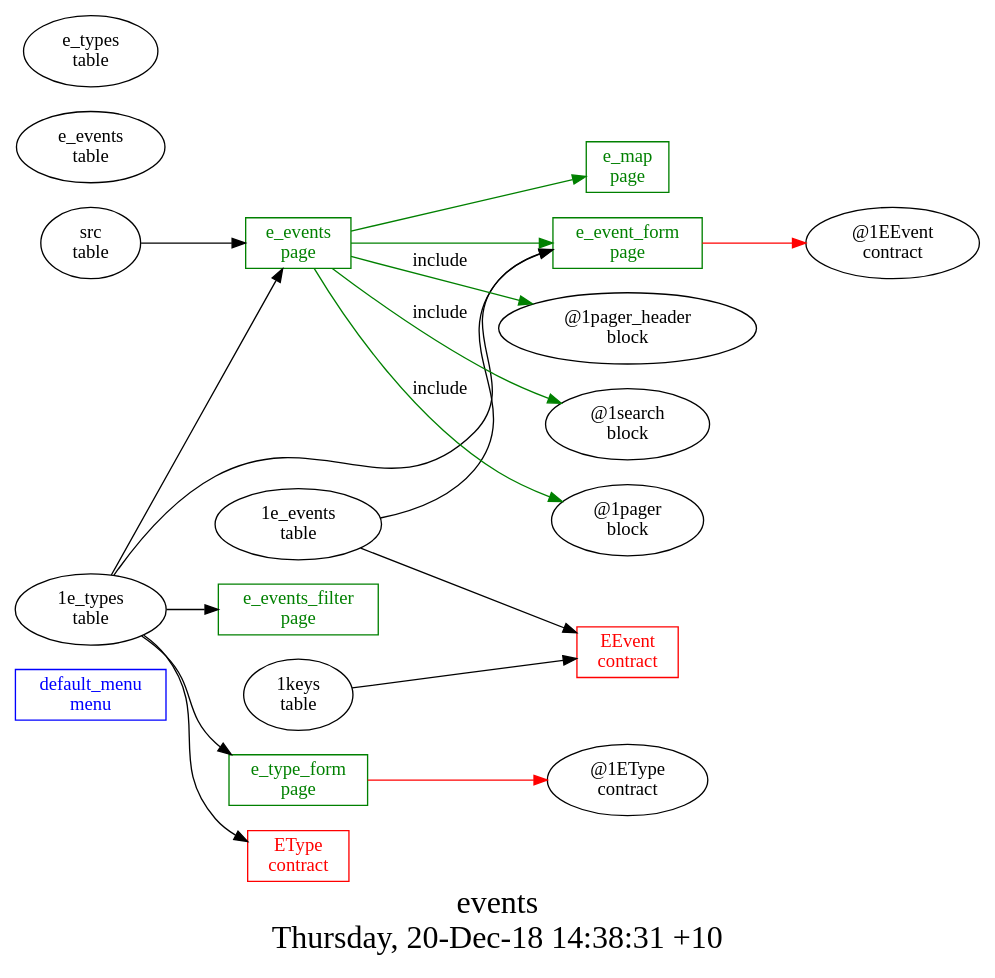
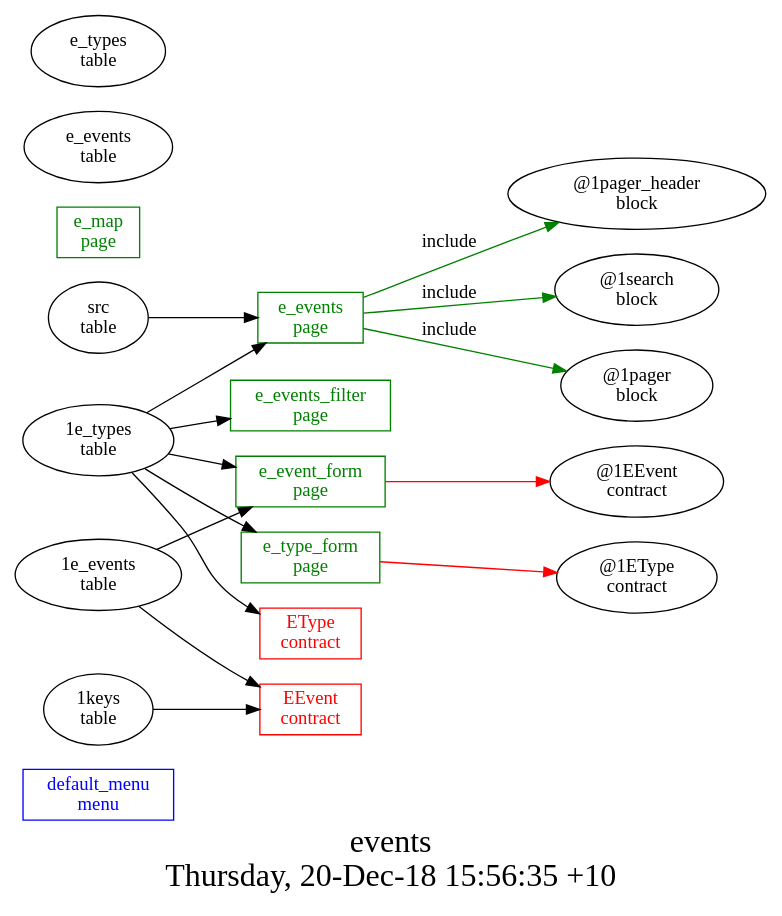
One commit to AplaProject/apps changed the diagram in platform_apps/events/struct.dot. Above: the diagram before and after it, drawn with Graphviz. The commit also changed 8 other files, not shown here.

```diff
--- a/platform_apps/events/struct.dot
+++ b/platform_apps/events/struct.dot
@@ -1,34 +1,32 @@
 digraph G {
 fontsize="24";
-label="events\nThursday, 20-Dec-18 14:38:31 +10";
+label="events\nThursday, 20-Dec-18 15:56:35 +10";
 nojustify=true;
 ordering=out;
 rankdir=LR;
 size="30";
 "default_menu\nmenu" [color=blue, fontcolor=blue, group=menus, shape=record];
 "e_event_form\npage" -> "@1EEvent\ncontract"  [ color=red ]
 "1e_types\ntable" -> "e_event_form\npage"
 "1e_events\ntable" -> "e_event_form\npage"
 "e_event_form\npage" [color=green, fontcolor=green, group=pages, shape=record];
 "src\ntable" -> "e_events\npage"
 "1e_types\ntable" -> "e_events\npage"
-"e_events\npage" -> "e_map\npage"  [ color=green ]
-"e_events\npage" -> "e_event_form\npage"  [ color=green ]
 "e_events\npage" -> "@1pager_header\nblock"  [ color=green, label=include ]
 "e_events\npage" -> "@1search\nblock"  [ color=green, label=include ]
 "e_events\npage" -> "@1pager\nblock"  [ color=green, label=include ]
 "e_events\npage" [color=green, fontcolor=green, group=pages, shape=record];
 "1e_types\ntable" -> "e_events_filter\npage"
 "e_events_filter\npage" [color=green, fontcolor=green, group=pages, shape=record];
 "e_map\npage" [color=green, fontcolor=green, group=pages, shape=record];
 "e_type_form\npage" -> "@1EType\ncontract"  [ color=red ]
 "1e_types\ntable" -> "e_type_form\npage"
 "e_type_form\npage" [color=green, fontcolor=green, group=pages, shape=record];
 "1e_events\ntable" -> "EEvent\ncontract"
 "1keys\ntable" -> "EEvent\ncontract"
 "EEvent\ncontract" [color=red, fontcolor=red, group=contracts, shape=record];
 "1e_types\ntable" -> "EType\ncontract"
 "EType\ncontract" [color=red, fontcolor=red, group=contracts, shape=record];
 "e_events\ntable" [color="", fontcolor="", group=tables, shape=""];
 "e_types\ntable" [color="", fontcolor="", group=tables, shape=""];
 }
```
